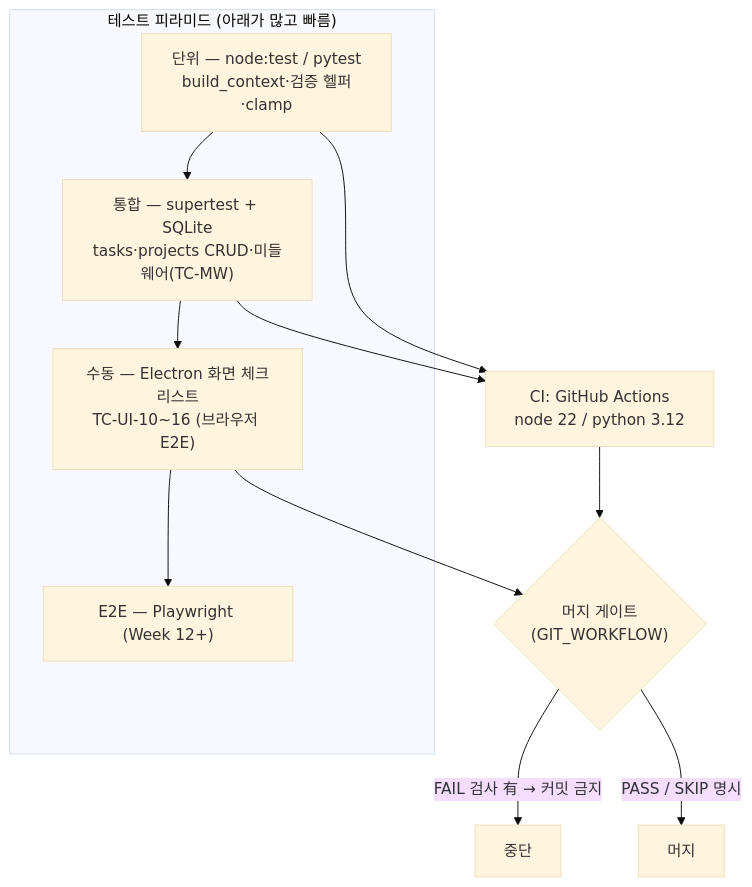
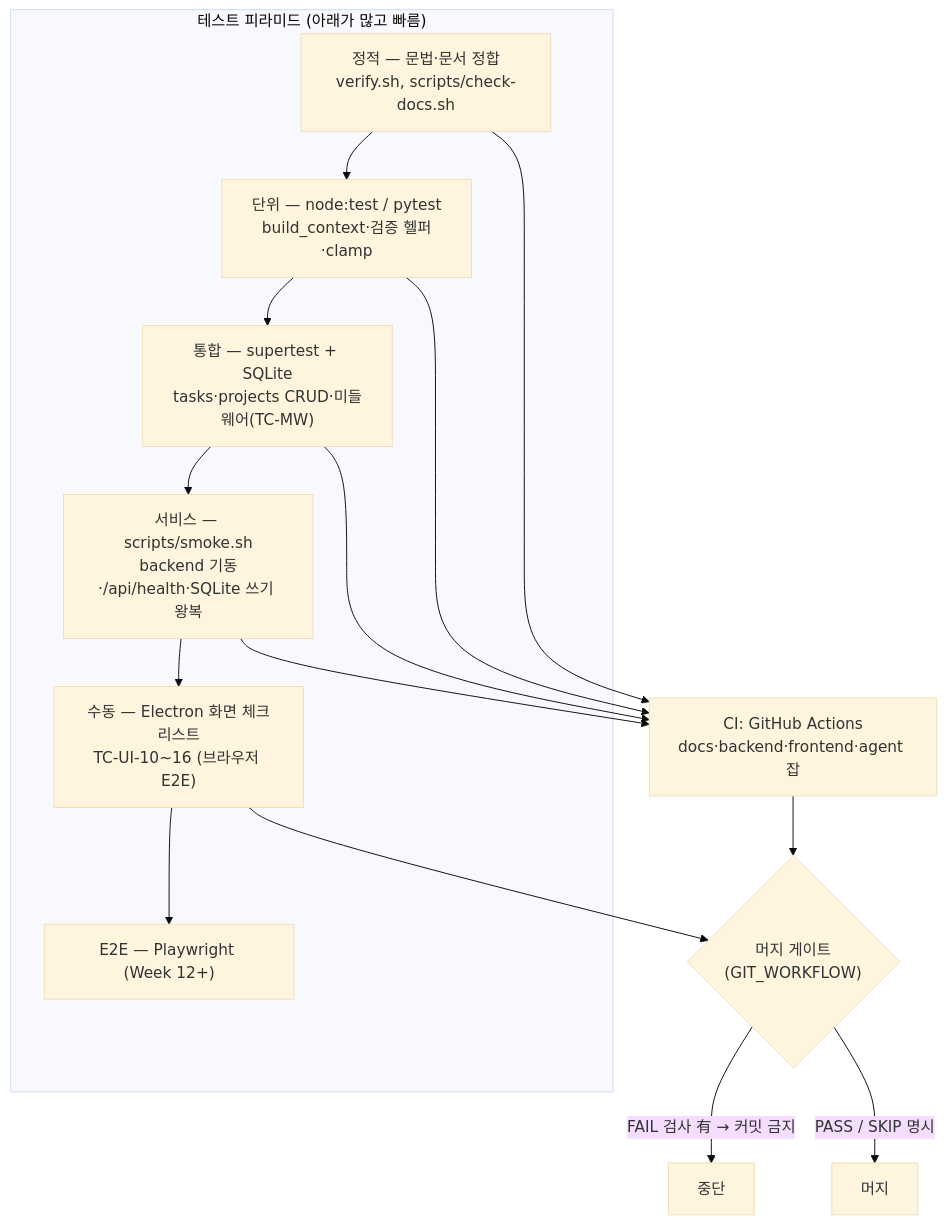
The diagram in docs/product/testing/TEST_PLAN.md (gamercross/my-setup-proj), drawn with Mermaid (base theme) before and after one commit. The commit also changed other lines of this file and 12 other files, not shown here.

````diff
--- a/docs/product/testing/TEST_PLAN.md
+++ b/docs/product/testing/TEST_PLAN.md
@@ -10,15 +10,17 @@
 ```mermaid
 flowchart TB
   subgraph PYR["테스트 피라미드 (아래가 많고 빠름)"]
+    ST["정적 — 문법·문서 정합<br/>verify.sh, scripts/check-docs.sh"]
     U["단위 — node:test / pytest<br/>build_context·검증 헬퍼·clamp"]
     I["통합 — supertest + SQLite<br/>tasks·projects CRUD·미들웨어(TC-MW)"]
+    SV["서비스 — scripts/smoke.sh<br/>backend 기동·/api/health·SQLite 쓰기 왕복"]
     M["수동 — Electron 화면 체크리스트<br/>TC-UI-10~16 (브라우저 E2E)"]
     E["E2E — Playwright (Week 12+)"]
   end
-  U --> I --> M --> E
-  U & I --> CI["CI: GitHub Actions<br/>node 22 / python 3.12"]
+  ST --> U --> I --> SV --> M --> E
+  ST & U & I & SV --> CI["CI: GitHub Actions<br/>docs·backend·frontend·agent 잡"]
   CI --> GATE{"머지 게이트<br/>(GIT_WORKFLOW)"}
   M --> GATE
   GATE -- "FAIL 검사 有 → 커밋 금지" --> STOP["중단"]
   GATE -- "PASS / SKIP 명시" --> MERGE["머지"]
 ```
````
